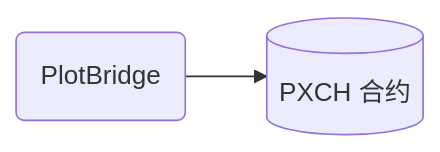
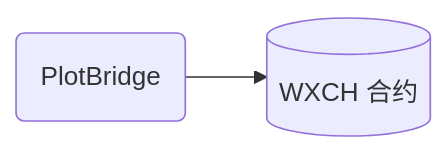
Before and after one commit to plot-network/plotbridge-website: the first of 4 diagrams in content/tokens.zh-cn.md, drawn with Mermaid. The commit also changed other lines of this file and 25 other files, not shown here.

```diff
--- a/content/tokens.zh-cn.md
+++ b/content/tokens.zh-cn.md
@@ -15,4 +15,4 @@
 {{< mermaid >}}
 graph LR;
-PB(PlotBridge) --> PC[(PXCH 合约)]
+PB(PlotBridge) --> PC[(WXCH 合约)]
 {{</mermaid>}}
```
